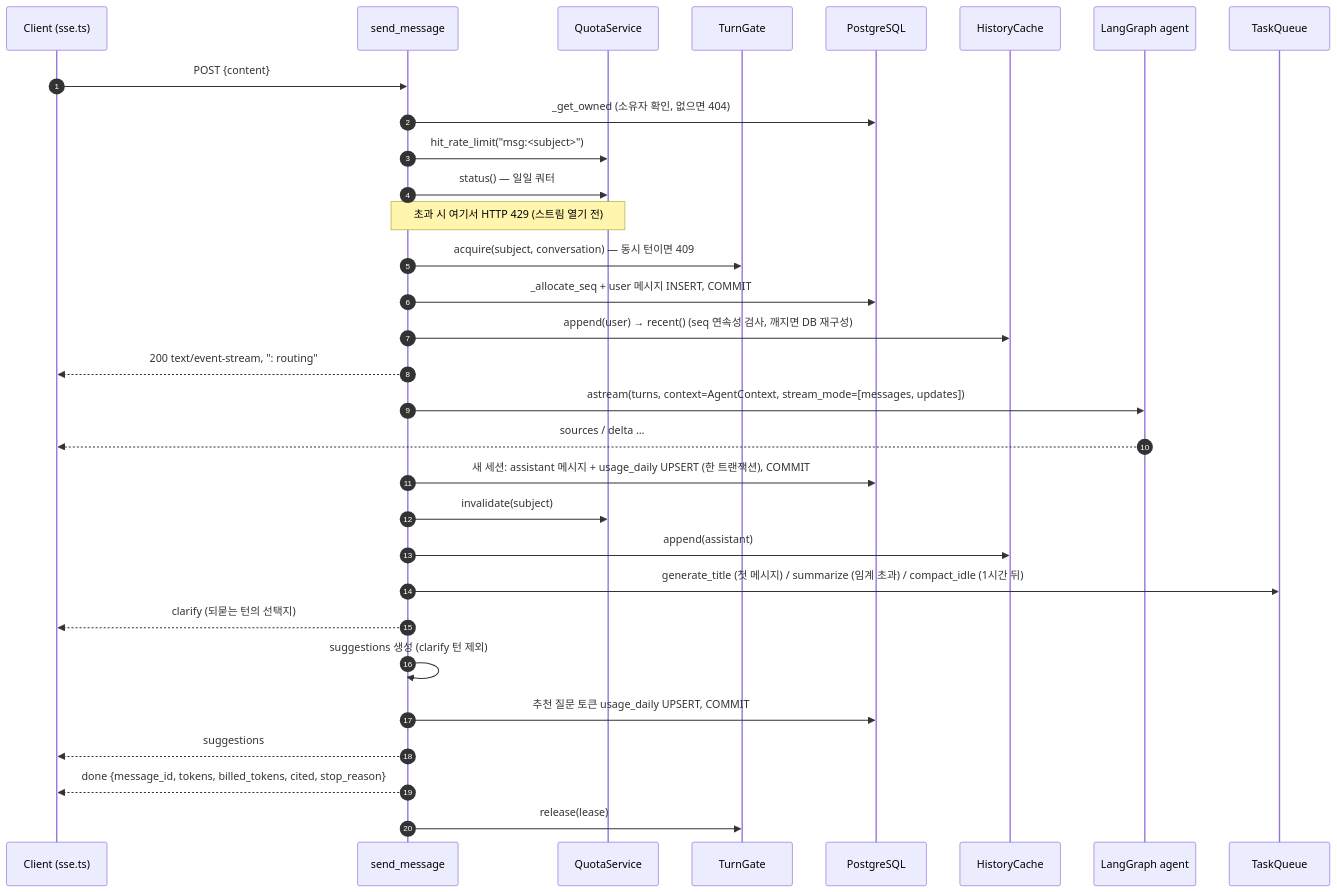
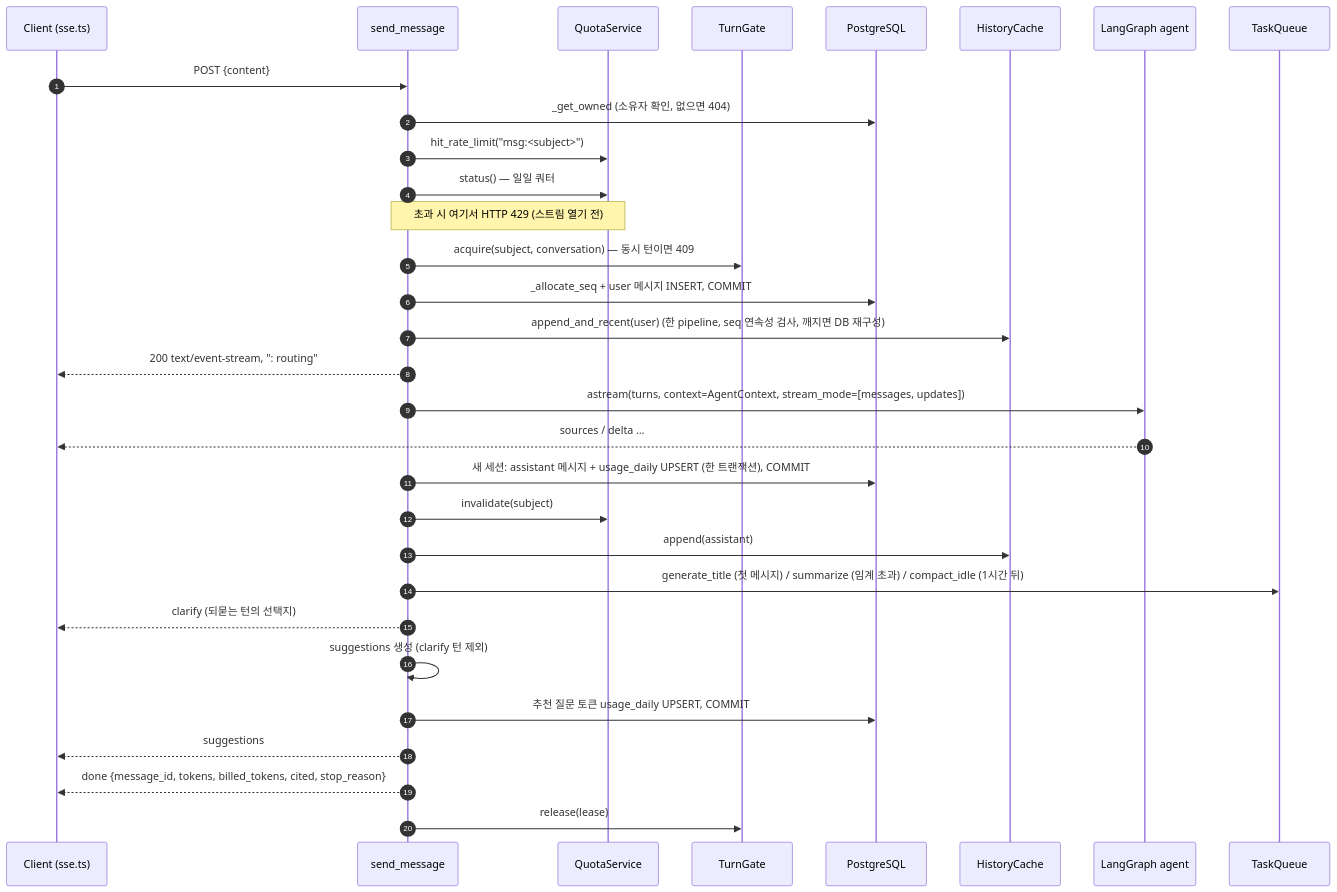
The third of 8 diagrams in ARCHITECTURE.md (Jake-tt/chatforge), drawn with Mermaid before and after one commit. The commit also changed 1 other file, not shown here.

Commit message:
refactor: 쓰이지 않게 된 HistoryCache.recent 제거
메시지 턴이 append_and_recent로 옮겨 가 호출하는 곳이 없다.
ARCHITECTURE.md의 시퀀스도 맞춘다.

````diff
--- a/ARCHITECTURE.md
+++ b/ARCHITECTURE.md
@@ -193,34 +193,34 @@
 ```mermaid
 sequenceDiagram
   autonumber
   participant C as Client (sse.ts)
   participant R as send_message
   participant Q as QuotaService
   participant G as TurnGate
   participant DB as PostgreSQL
   participant H as HistoryCache
   participant A as LangGraph agent
   participant T as TaskQueue
 
   C->>R: POST {content}
   R->>DB: _get_owned (소유자 확인, 없으면 404)
   R->>Q: hit_rate_limit("msg:<subject>")
   R->>Q: status() — 일일 쿼터
   Note over R,Q: 초과 시 여기서 HTTP 429 (스트림 열기 전)
   R->>G: acquire(subject, conversation) — 동시 턴이면 409
   R->>DB: _allocate_seq + user 메시지 INSERT, COMMIT
-  R->>H: append(user) → recent() (seq 연속성 검사, 깨지면 DB 재구성)
+  R->>H: append_and_recent(user) (한 pipeline, seq 연속성 검사, 깨지면 DB 재구성)
   R-->>C: 200 text/event-stream, ": routing"
   R->>A: astream(turns, context=AgentContext, stream_mode=[messages, updates])
   A-->>C: sources / delta …
   R->>DB: 새 세션: assistant 메시지 + usage_daily UPSERT (한 트랜잭션), COMMIT
   R->>Q: invalidate(subject)
   R->>H: append(assistant)
   R->>T: generate_title (첫 메시지) / summarize (임계 초과) / compact_idle (1시간 뒤)
   R-->>C: clarify (되묻는 턴의 선택지)
   R->>R: suggestions 생성 (clarify 턴 제외)
   R->>DB: 추천 질문 토큰 usage_daily UPSERT, COMMIT
   R-->>C: suggestions
   R-->>C: done {message_id, tokens, billed_tokens, cited, stop_reason}
   R->>G: release(lease)
 ```
````
